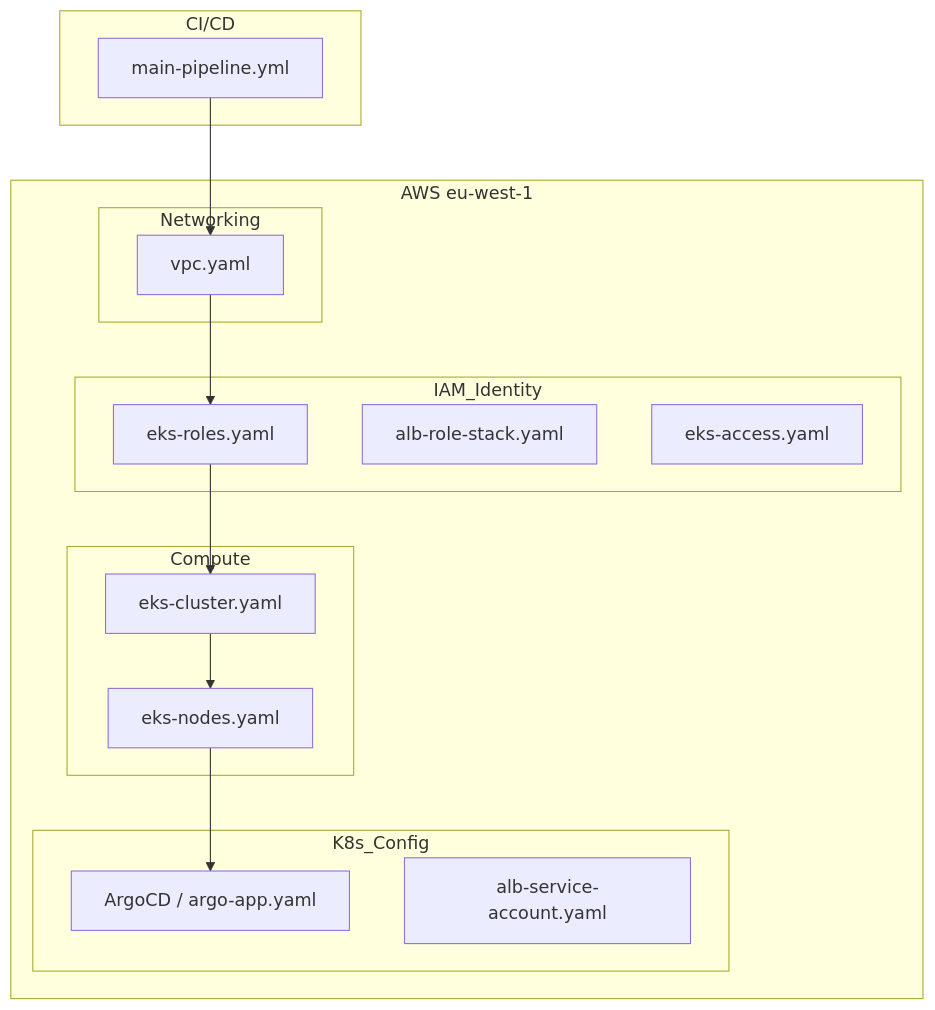
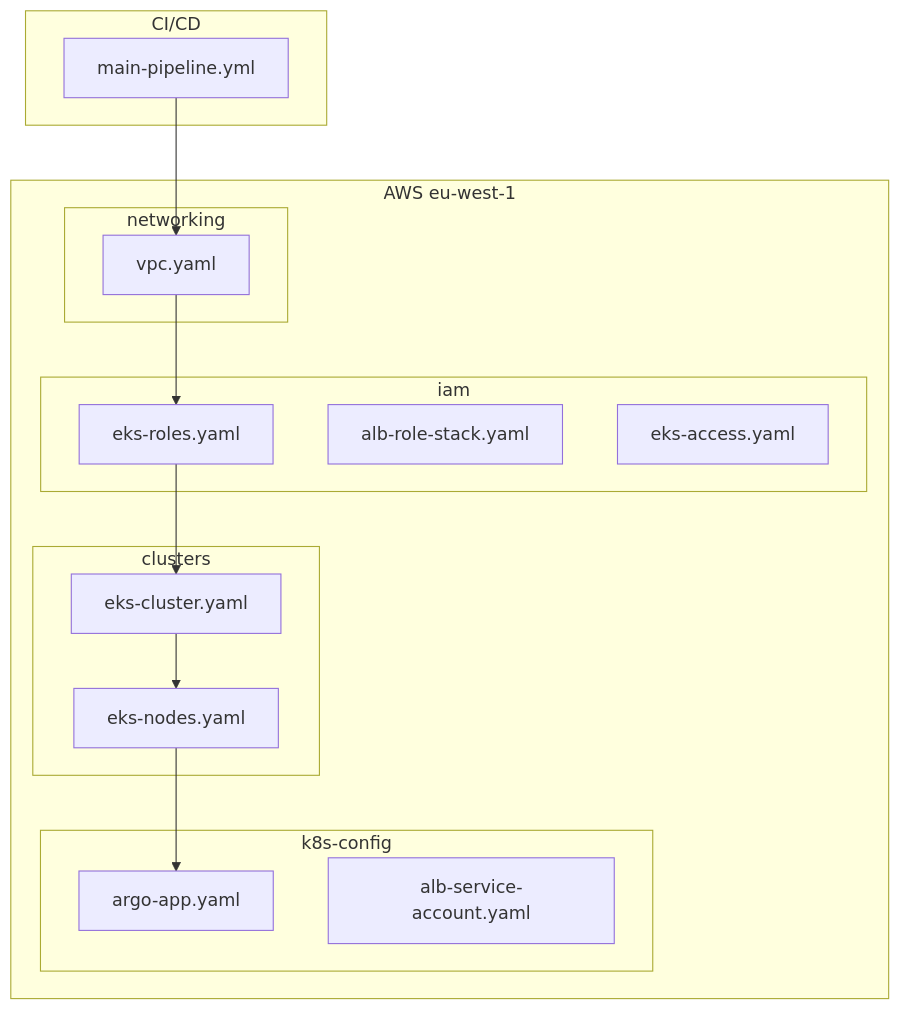
One commit to Oluwa-feranmi/aurascale-infra changed the diagram in README.md. Above: the diagram before and after it, drawn with Mermaid.

Commit message:
Refactor subgraph names in README.md
Updated subgraph names in README for consistency.

````diff
--- a/README.md
+++ b/README.md
@@ -9,34 +9,34 @@
 ```mermaid
 graph TD
     subgraph GitHub [CI/CD]
         A[main-pipeline.yml]
     end
 
     subgraph AWS_Cloud [AWS eu-west-1]
-        subgraph Networking
+        subgraph networking
             B[vpc.yaml]
         end
 
-        subgraph IAM_Identity
+        subgraph iam
             C[eks-roles.yaml]
             D[alb-role-stack.yaml]
             E[eks-access.yaml]
         end
 
-        subgraph Compute
+        subgraph clusters
             F[eks-cluster.yaml]
             G[eks-nodes.yaml]
         end
 
-        subgraph K8s_Config
-            H[ArgoCD / argo-app.yaml]
+        subgraph k8s-config
+            H[argo-app.yaml]
             I[alb-service-account.yaml]
         end
 
         A --> B
         B --> C
         C --> F
         F --> G
         G --> H
     end
 ```
````
